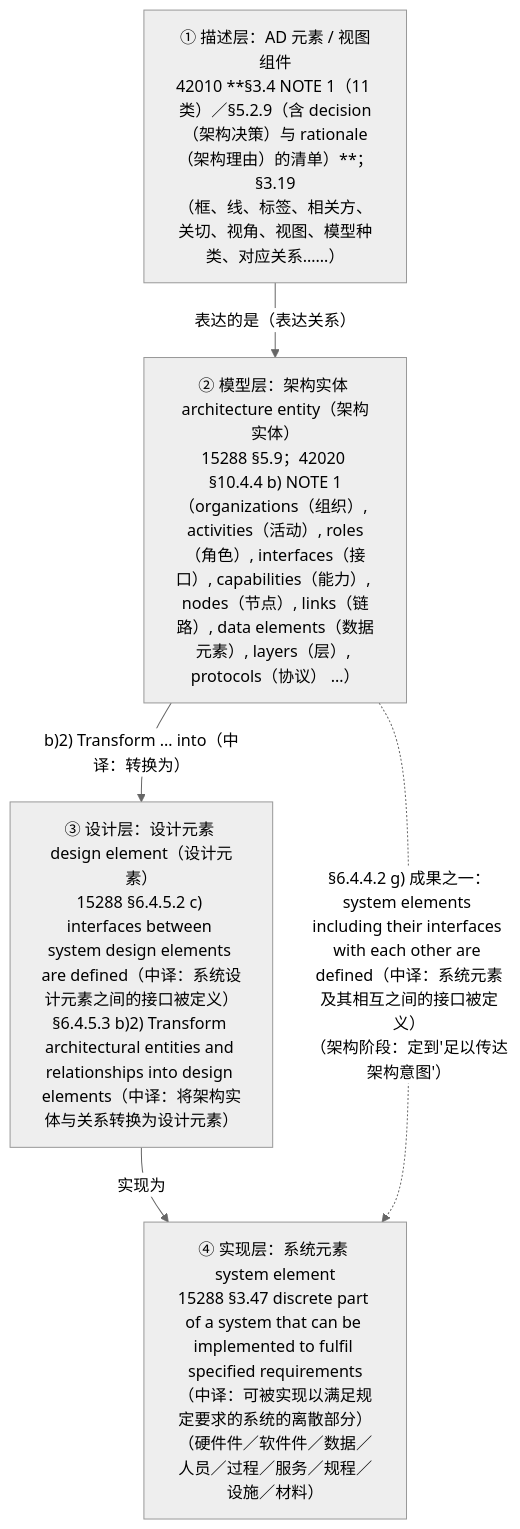
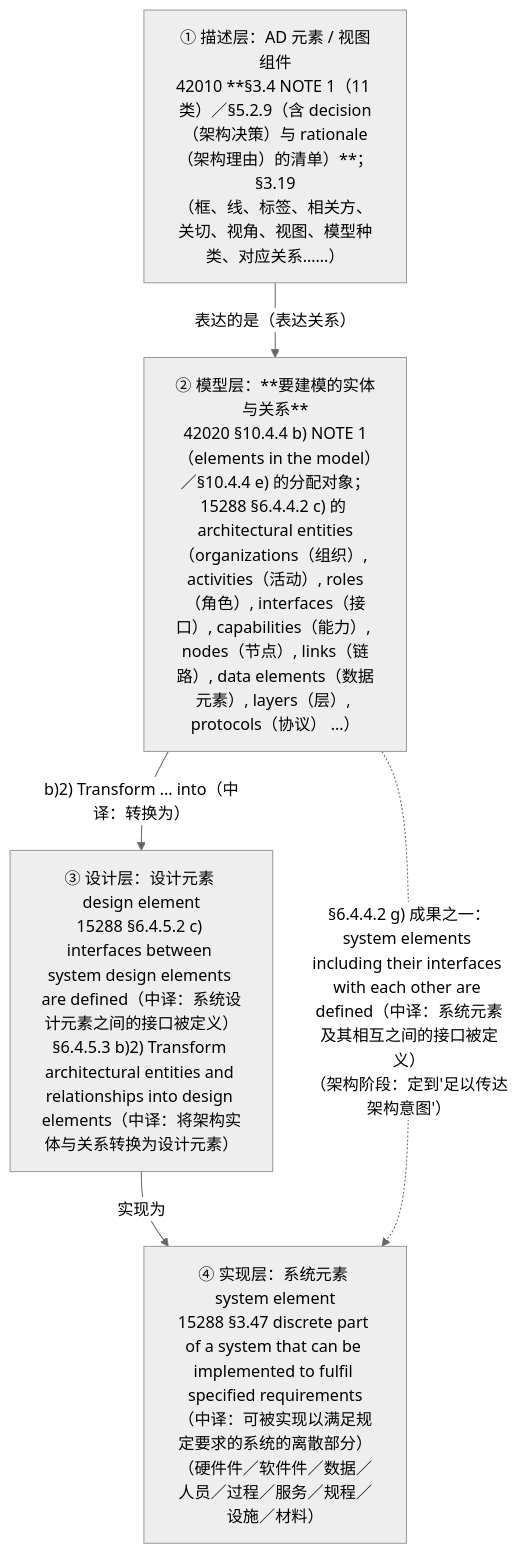
One commit to Yongjunzhou/business-Engineering changed the eighth of 9 diagrams in 10-系统工程研究/00-系统工程相关研究报告/35-架构定义与视图设计研究报告-从意义目的到产品数据与四案例.md. Above: the diagram before and after it, drawn with Mermaid (neutral theme). The commit also changed other lines of this file and 30 other files, not shown here.

````diff
--- a/10-系统工程研究/00-系统工程相关研究报告/35-架构定义与视图设计研究报告-从意义目的到产品数据与四案例.md
+++ b/10-系统工程研究/00-系统工程相关研究报告/35-架构定义与视图设计研究报告-从意义目的到产品数据与四案例.md
@@ -968,11 +1042,11 @@
 ```mermaid
 flowchart TD
     L4["④ 实现层：系统元素 system element<br/>15288 §3.47 discrete part of a system that can be implemented to fulfil specified requirements（中译：可被实现以满足规定要求的系统的离散部分）<br/>（硬件件／软件件／数据／人员／过程／服务／规程／设施／材料）"]
-    L3["③ 设计层：设计元素 design element（设计元素）<br/>15288 §6.4.5.2 c) interfaces between system design elements are defined（中译：系统设计元素之间的接口被定义）<br/>§6.4.5.3 b)2) Transform architectural entities and relationships into design elements（中译：将架构实体与关系转换为设计元素）"]
-    L2["② 模型层：架构实体 architecture entity（架构实体）<br/>15288 §5.9；42020 §10.4.4 b) NOTE 1<br/>（organizations（组织）, activities（活动）, roles（角色）, interfaces（接口）, capabilities（能力）, nodes（节点）, links（链路）, data elements（数据元素）, layers（层）, protocols（协议） …）"]
+    L3["③ 设计层：设计元素 design element<br/>15288 §6.4.5.2 c) interfaces between system design elements are defined（中译：系统设计元素之间的接口被定义）<br/>§6.4.5.3 b)2) Transform architectural entities and relationships into design elements（中译：将架构实体与关系转换为设计元素）"]
+    L2["② 模型层：**要建模的实体与关系**<br/>42020 §10.4.4 b) NOTE 1（elements in the model）／§10.4.4 e) 的分配对象；15288 §6.4.4.2 c) 的 architectural entities<br/>（organizations（组织）, activities（活动）, roles（角色）, interfaces（接口）, capabilities（能力）, nodes（节点）, links（链路）, data elements（数据元素）, layers（层）, protocols（协议） …）"]
     L1["① 描述层：AD 元素 / 视图组件<br/>42010 **§3.4 NOTE 1（11 类）／§5.2.9（含 decision（架构决策）与 rationale（架构理由）的清单）**；§3.19<br/>（框、线、标签、相关方、关切、视角、视图、模型种类、对应关系……）"]
     L1 -->|"表达的是（表达关系）"| L2
     L2 -->|"b)2) Transform … into（中译：转换为）"| L3
     L3 -->|"实现为"| L4
     L2 -.->|"§6.4.4.2 g) 成果之一：system elements including their interfaces with each other are defined（中译：系统元素及其相互之间的接口被定义）<br/>（架构阶段：定到'足以传达架构意图'）"| L4
 ```
````
